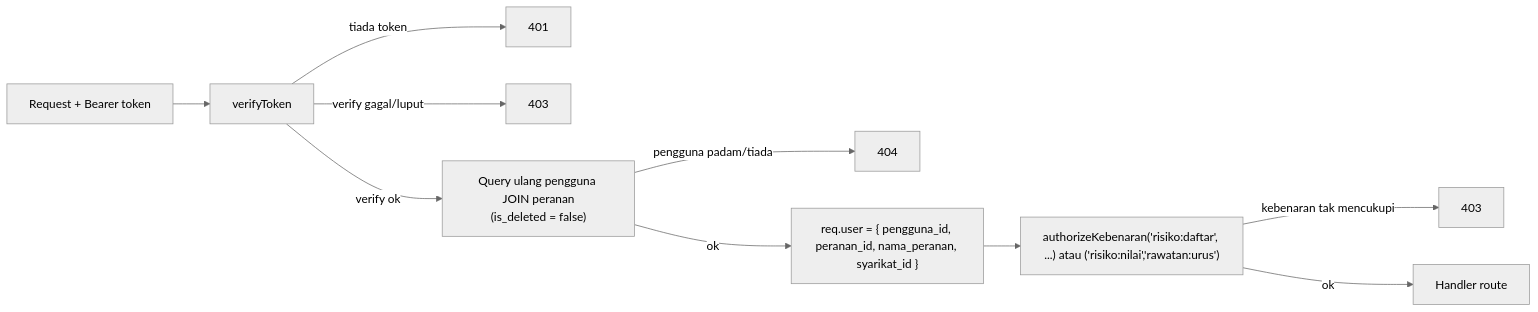
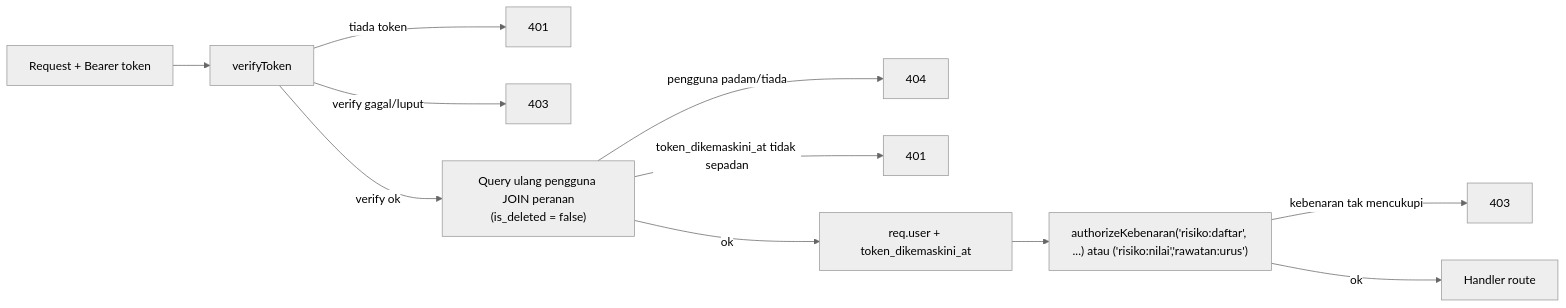
The second of 2 diagrams in docs/pipeline/01-auth-rbac.md (aimaniss/RiskManagementSystem), drawn with Mermaid (neutral theme) before and after one commit. The commit also changed other lines of this file and 8 other files, not shown here.

````diff
--- a/docs/pipeline/01-auth-rbac.md
+++ b/docs/pipeline/01-auth-rbac.md
@@ -65,12 +72,13 @@
 ```mermaid
 flowchart LR
   A["Request + Bearer token"] --> B["verifyToken"]
   B -->|tiada token| X["401"]
   B -->|verify gagal/luput| Y["403"]
   B -->|verify ok| C["Query ulang pengguna JOIN peranan<br/>(is_deleted = false)"]
   C -->|pengguna padam/tiada| Z["404"]
-  C -->|ok| D["req.user = { pengguna_id, peranan_id, nama_peranan, syarikat_id }"]
+  C -->|token_dikemaskini_at tidak sepadan| Z2["401"]
+  C -->|ok| D["req.user + token_dikemaskini_at"]
   D --> E["authorizeKebenaran('risiko:daftar', ...) atau ('risiko:nilai','rawatan:urus')"]
   E -->|kebenaran tak mencukupi| W["403"]
   E -->|ok| F["Handler route"]
 ```
````
